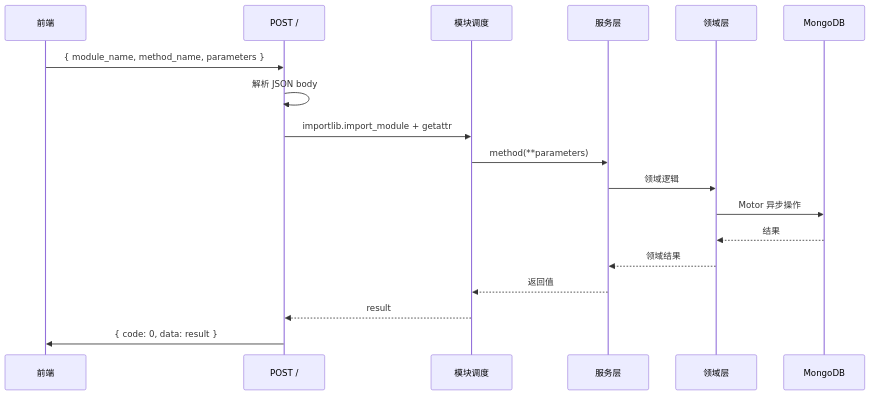
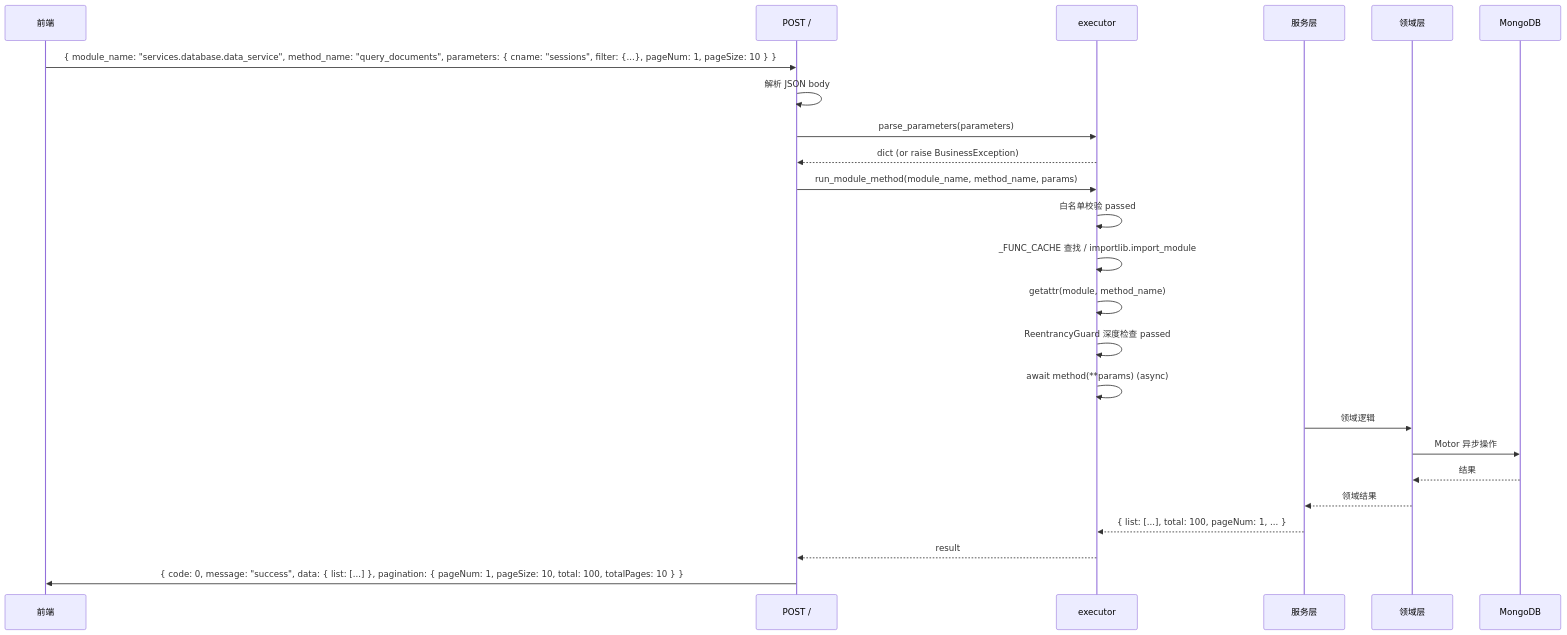
One commit to effiy/YrY changed the third of 4 diagrams in YiKnowledge/projects/yiai/devs/2026-07/03-prd-task-RPC信封协议.md. Above: the diagram before and after it, drawn with Mermaid. The commit also changed other lines of this file and 4958 other files, not shown here.

````diff
--- a/YiKnowledge/projects/yiai/devs/2026-07/03-prd-task-RPC信封协议.md
+++ b/YiKnowledge/projects/yiai/devs/2026-07/03-prd-task-RPC信封协议.md
@@ -199,21 +615,27 @@
 ```mermaid
 sequenceDiagram
   participant FE as 前端
   participant ROOT as POST /
-  participant DISP as 模块调度
+  participant EXEC as executor
   participant SVC as 服务层
   participant DOM as 领域层
   participant DB as MongoDB
 
-  FE->>ROOT: { module_name, method_name, parameters }
+  FE->>ROOT: { module_name: "services.database.data_service", method_name: "query_documents", parameters: { cname: "sessions", filter: {...}, pageNum: 1, pageSize: 10 } }
   ROOT->>ROOT: 解析 JSON body
-  ROOT->>DISP: importlib.import_module + getattr
-  DISP->>SVC: method(**parameters)
+  ROOT->>EXEC: parse_parameters(parameters)
+  EXEC-->>ROOT: dict (or raise BusinessException)
+  ROOT->>EXEC: run_module_method(module_name, method_name, params)
+  EXEC->>EXEC: 白名单校验 passed
+  EXEC->>EXEC: _FUNC_CACHE 查找 / importlib.import_module
+  EXEC->>EXEC: getattr(module, method_name)
+  EXEC->>EXEC: ReentrancyGuard 深度检查 passed
+  EXEC->>EXEC: await method(**params) (async)
   SVC->>DOM: 领域逻辑
   DOM->>DB: Motor 异步操作
   DB-->>DOM: 结果
   DOM-->>SVC: 领域结果
-  SVC-->>DISP: 返回值
-  DISP-->>ROOT: result
-  ROOT->>FE: { code: 0, data: result }
+  SVC-->>EXEC: { list: [...], total: 100, pageNum: 1, ... }
+  EXEC-->>ROOT: result
+  ROOT->>FE: { code: 0, message: "success", data: { list: [...] }, pagination: { pageNum: 1, pageSize: 10, total: 100, totalPages: 10 } }
 ```
````
